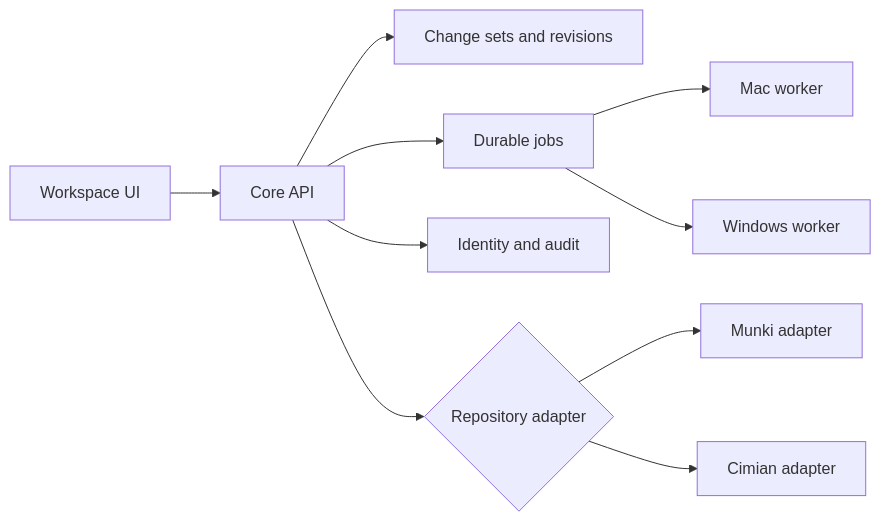
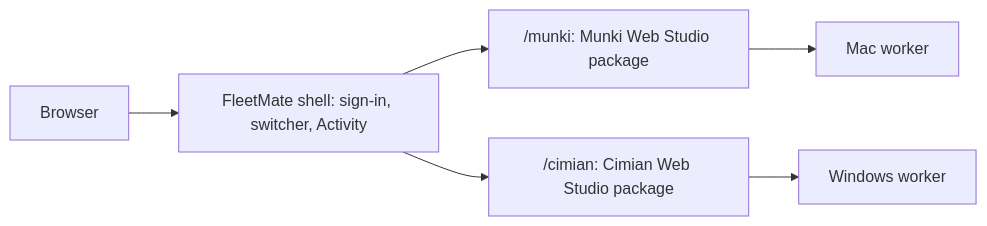
The diagram in docs/architecture.md (rodchristiansen/fleetmate-web-admin), drawn with Mermaid before and after one commit. The commit also changed other lines of this file and 26 other files, not shown here.

Commit message:
Make FleetMate a host for the two standalone studios (#5)

````diff
--- a/docs/architecture.md
+++ b/docs/architecture.md
@@ -26,12 +11,8 @@
 ```mermaid
 flowchart LR
-  Browser[Workspace UI] --> API[Core API]
-  API --> Changes[Change sets and revisions]
-  API --> Jobs[Durable jobs]
-  API --> Auth[Identity and audit]
-  API --> Adapter{Repository adapter}
-  Adapter --> Munki[Munki adapter]
-  Adapter --> Cimian[Cimian adapter]
-  Jobs --> MacWorker[Mac worker]
-  Jobs --> WinWorker[Windows worker]
+  Browser[Browser] --> Shell[FleetMate shell: sign-in, switcher, Activity]
+  Shell --> Munki["/munki: Munki Web Studio package"]
+  Shell --> Cimian["/cimian: Cimian Web Studio package"]
+  Munki --> MacWorker[Mac worker]
+  Cimian --> WinWorker[Windows worker]
 ```
````
